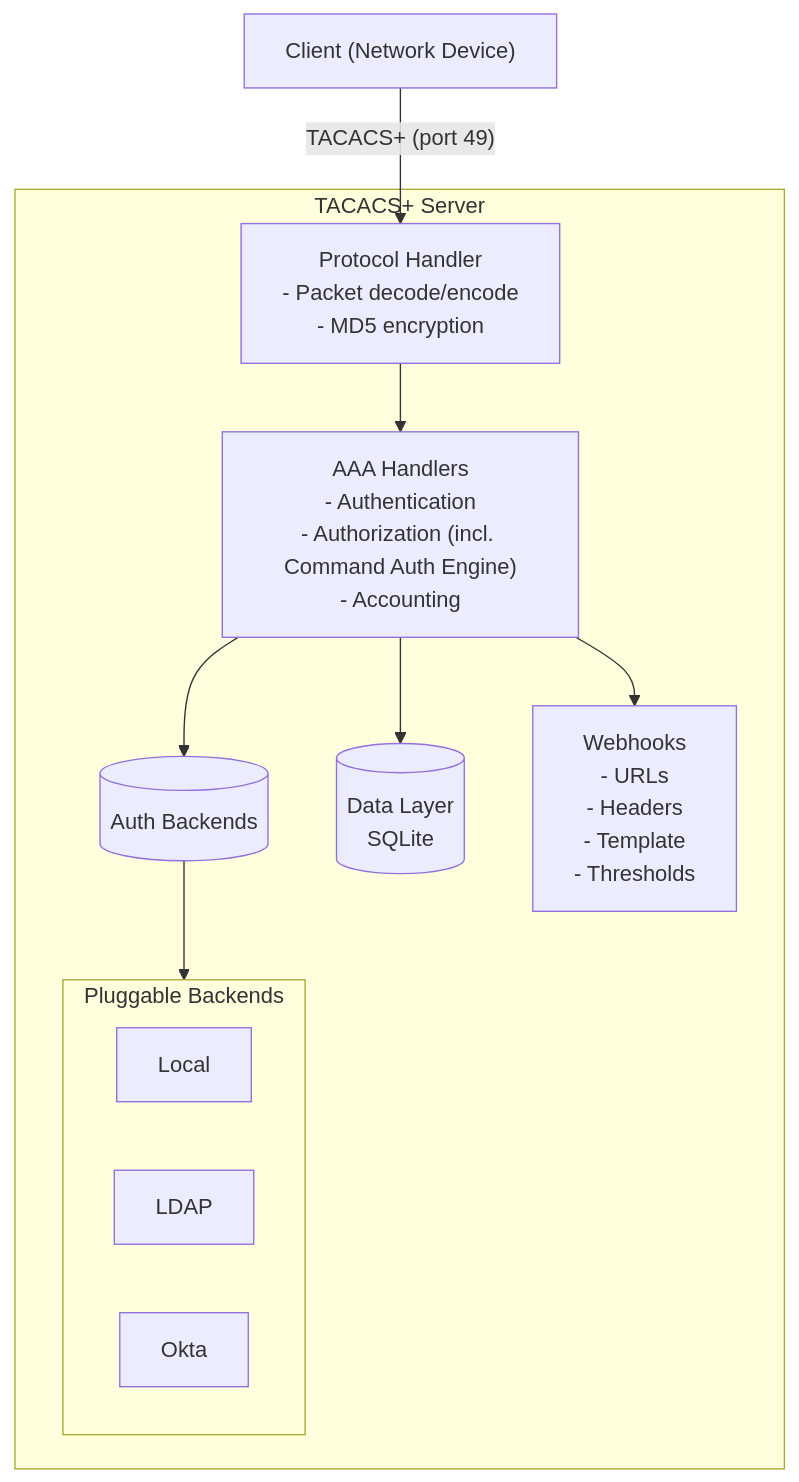
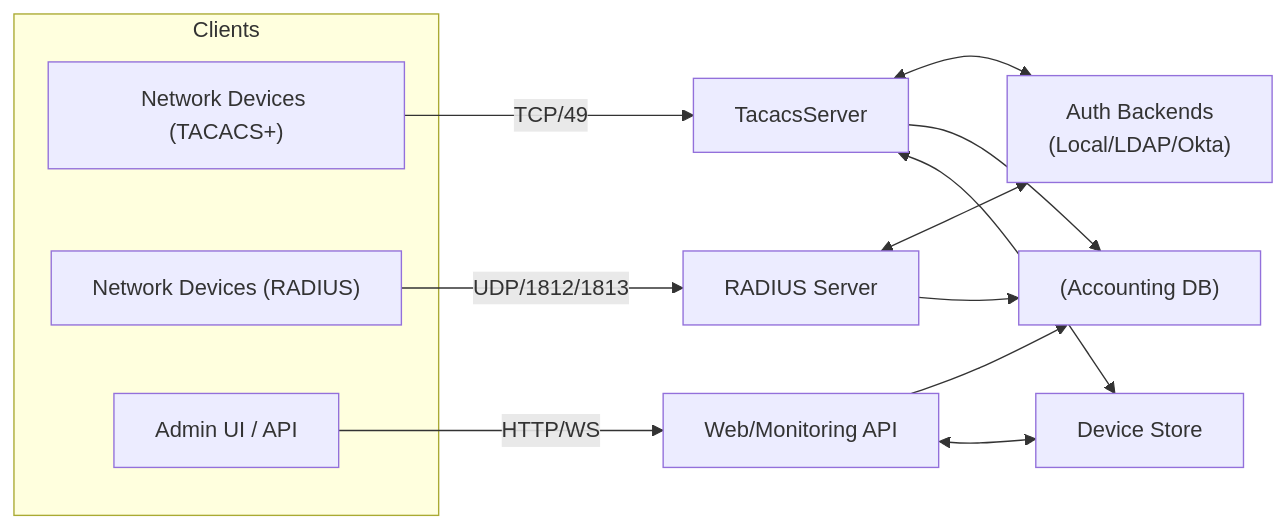
The first of 3 diagrams in docs/ARCHITECTURE.md (SaschaSchwarzK/tacacs_server), drawn with Mermaid before and after one commit. The commit also changed other lines of this file and 20 other files, not shown here.

````diff
--- a/docs/ARCHITECTURE.md
+++ b/docs/ARCHITECTURE.md
@@ -7,21 +5,20 @@
 ```mermaid
-flowchart TD
-    client["Client (Network Device)"]
-    subgraph TacacsServer[TACACS+ Server]
-      PH[Protocol Handler\n- Packet decode/encode\n- MD5 encryption]
-      AAA["AAA Handlers\n- Authentication\n- Authorization (incl. Command Auth Engine)\n- Accounting"]
-      BE[(Auth Backends)]
-      subgraph Backends[Pluggable Backends]
-        L[Local]
-        LDAP[LDAP]
-        OKTA[Okta]
-      end
-      DL[(Data Layer\nSQLite)]
-      WEBS[Webhooks\n- URLs\n- Headers\n- Template\n- Thresholds]
-    end
+flowchart LR
+  subgraph Clients
+    TAC["Network Devices (TACACS+)"]
+    RAD["Network Devices (RADIUS)"]
+    Admin[Admin UI / API]
+  end
 
-    client -- TACACS+ (port 49) --> PH --> AAA
-    AAA --> BE --> Backends
-    AAA --> DL
-    AAA --> WEBS
+  TAC -->|TCP/49| TS[TacacsServer]
+  RAD -->|UDP/1812/1813| RS[RADIUS Server]
+  Admin -->|HTTP/WS| Web[Web/Monitoring API]
+
+  TS <--> Auth["Auth Backends\n(Local/LDAP/Okta)"]
+  TS --> DB["(Accounting DB)"]
+  RS <--> Auth
+  RS --> DB
+  Web --> DB
+  Web <--> DevStore[Device Store]
+  TS <--> DevStore
 ```
````
